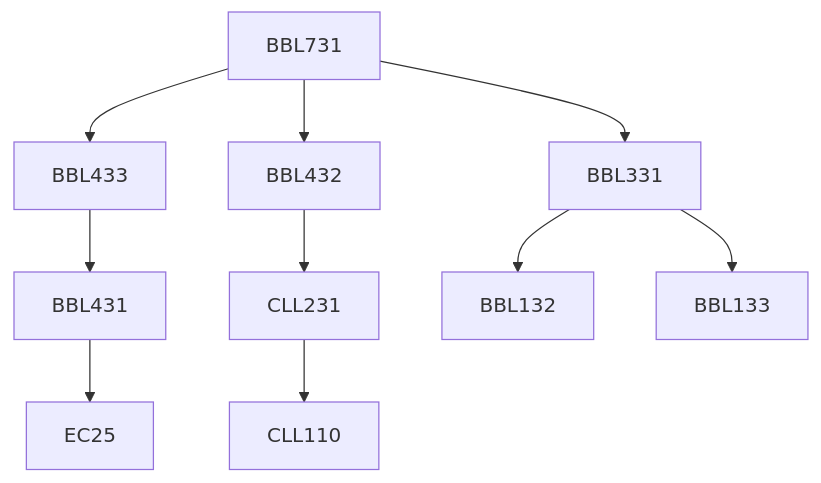
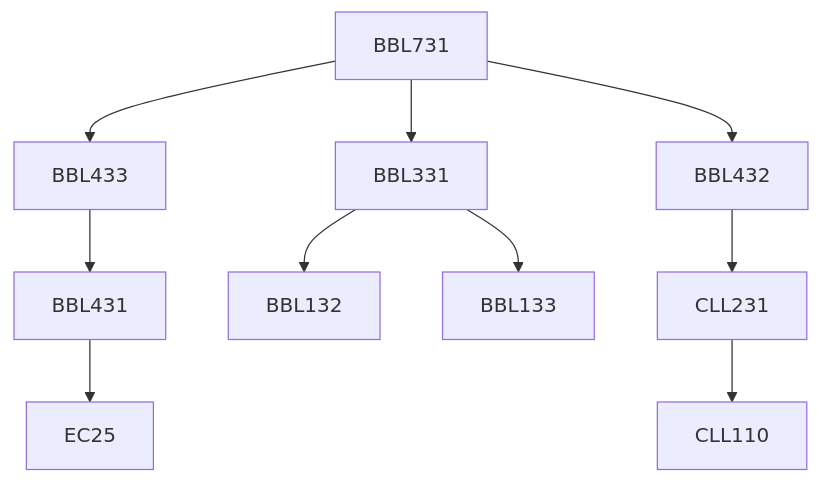
One commit to KeshavBansal0122/CoS_Website changed the diagram in content/Biochemical Engineering and Biotechnology/BBL731.md. Above: the diagram before and after it, drawn with Mermaid. The commit also changed other lines of this file and 392 other files, not shown here.

````diff
--- a/content/Biochemical Engineering and Biotechnology/BBL731.md
+++ b/content/Biochemical Engineering and Biotechnology/BBL731.md
@@ -15,16 +15,16 @@
 ```mermaid
 flowchart TD
 BBL731-85[BBL731]
+BBL331-85 --> BBL132-85[BBL132]
+BBL431-85 --> EC25-85[EC25]
+CLL231-85 --> CLL110-85[CLL110]
+BBL433-85 --> BBL431-85[BBL431]
 BBL731-85 --> BBL433-85[BBL433]
-BBL431-85 --> EC25-85[EC25]
+BBL731-85 --> BBL331-85[BBL331]
+BBL331-85 --> BBL133-85[BBL133]
+BBL432-85 --> CLL231-85[CLL231]
 BBL731-85 --> BBL432-85[BBL432]
-BBL731-85 --> BBL331-85[BBL331]
-BBL433-85 --> BBL431-85[BBL431]
-CLL231-85 --> CLL110-85[CLL110]
-BBL432-85 --> CLL231-85[CLL231]
-BBL331-85 --> BBL132-85[BBL132]
-BBL331-85 --> BBL133-85[BBL133]
 
 classDef empty height:17px, fill:transparent, stroke:transparent;
 classDef trueEmpty height:0px, width:0px;
 ```
````
